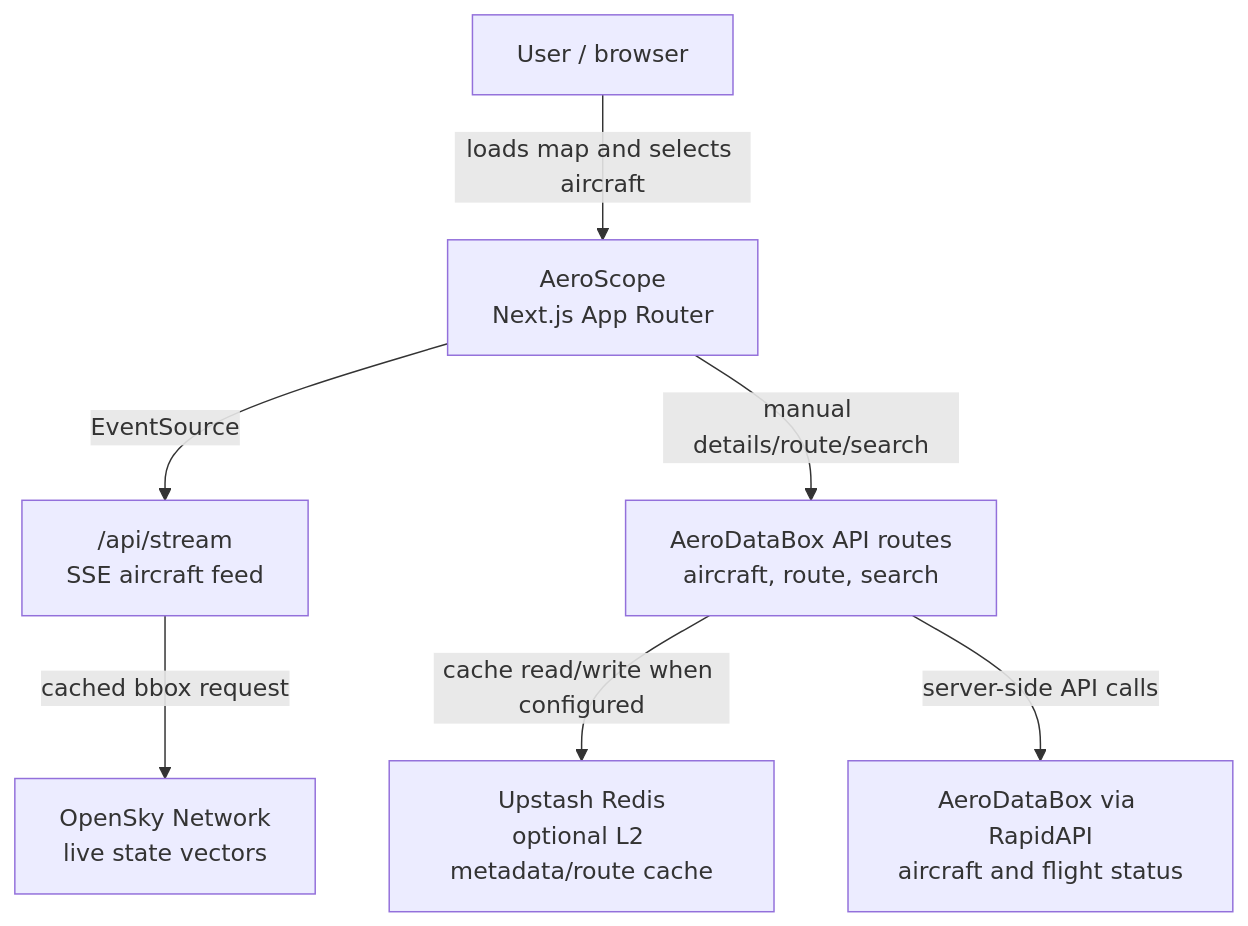
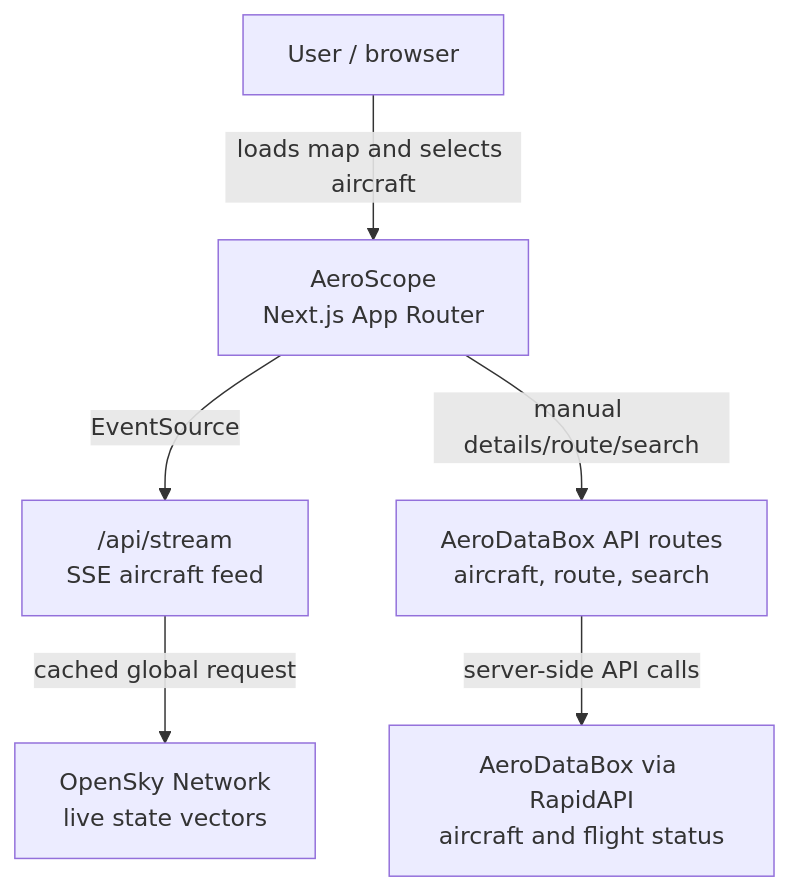
The diagram in docs/architecture.md (NikolaiSmow/aeroscope), drawn with Mermaid before and after one commit. The commit also changed other lines of this file and 12 other files, not shown here.

````diff
--- a/docs/architecture.md
+++ b/docs/architecture.md
@@ -13,17 +13,15 @@
 ```mermaid
 flowchart TD
   user["User / browser"]
   app["AeroScope<br/>Next.js App Router"]
   stream["/api/stream<br/>SSE aircraft feed"]
   metadata["AeroDataBox API routes<br/>aircraft, route, search"]
   opensky["OpenSky Network<br/>live state vectors"]
   aero["AeroDataBox via RapidAPI<br/>aircraft and flight status"]
-  redis["Upstash Redis<br/>optional L2 metadata/route cache"]
 
   user -->|"loads map and selects aircraft"| app
   app -->|"EventSource"| stream
-  stream -->|"cached bbox request"| opensky
+  stream -->|"cached global request"| opensky
   app -->|"manual details/route/search"| metadata
-  metadata -->|"cache read/write when configured"| redis
   metadata -->|"server-side API calls"| aero
 ```
````
